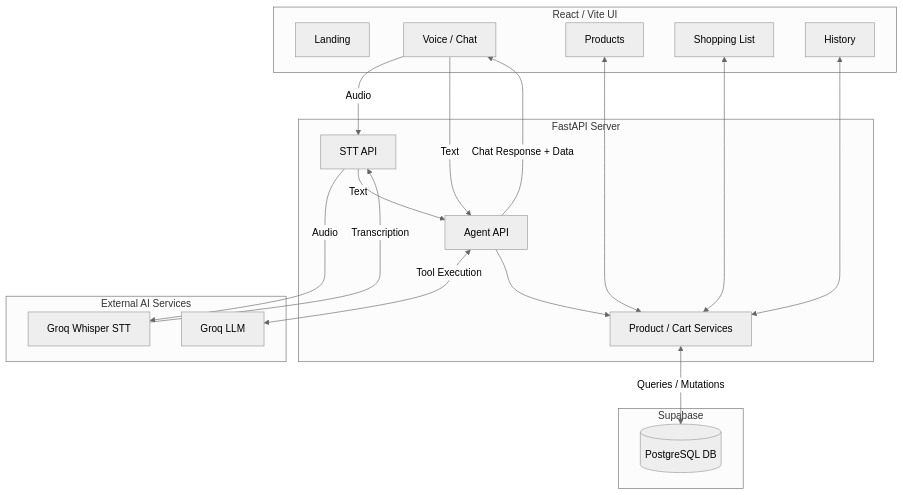
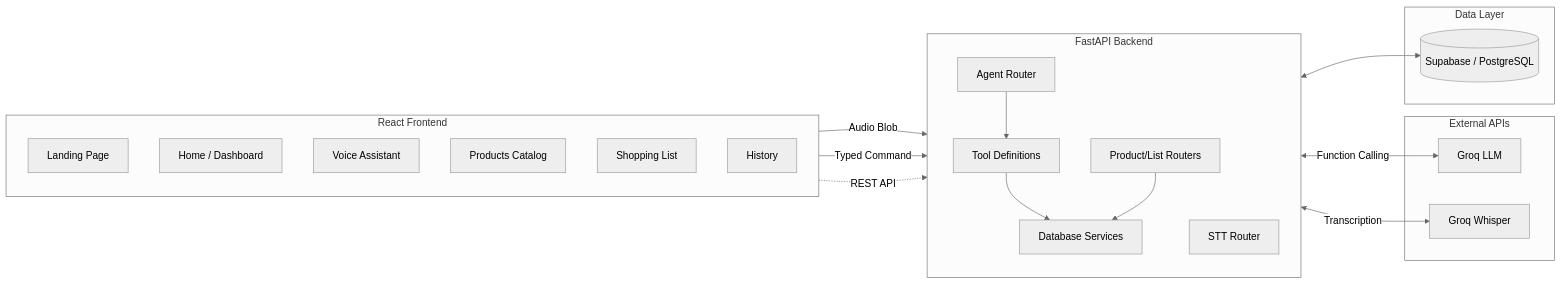
One commit to somiya-namdeo/VERBALIST changed the second of 3 diagrams in README.md. Above: the diagram before and after it, drawn with Mermaid (neutral theme). The commit also changed other lines of this file, not shown here.

````diff
--- a/README.md
+++ b/README.md
@@ -65,38 +95,41 @@
 ```mermaid
-graph TD
-    subgraph Frontend [React / Vite UI]
-        A[Landing]
-        B[Voice / Chat]
-        C[Products]
-        D[Shopping List]
-        E[History]
+graph LR
+    subgraph Client [React Frontend]
+        direction TB
+        L[Landing Page]
+        H[Home / Dashboard]
+        V[Voice Assistant]
+        P[Products Catalog]
+        SL[Shopping List]
+        SH[History]
     end
 
-    subgraph Backend [FastAPI Server]
-        F[Agent API]
-        G[STT API]
-        H[Product / Cart Services]
+    subgraph Server [FastAPI Backend]
+        direction TB
+        AR[Agent Router]
+        SR[STT Router]
+        PR[Product/List Routers]
+        Tools[Tool Definitions]
+        Services[Database Services]
     end
 
-    subgraph AI [External AI Services]
-        I[Groq LLM]
-        J[Groq Whisper STT]
+    subgraph External APIs
+        GroqLLM[Groq LLM]
+        GroqSTT[Groq Whisper]
     end
 
-    subgraph Database [Supabase]
-        K[(PostgreSQL DB)]
+    subgraph Data Layer
+        Supabase[(Supabase / PostgreSQL)]
     end
 
-    B -->|Audio| G
-    B -->|Text| F
-    G -->|Audio| J
-    J -->|Transcription| G
-    G -->|Text| F
-    F <-->|Tool Execution| I
-    F --> H
-    H <-->|Queries / Mutations| K
-    F -->|Chat Response + Data| B
-    C <--> H
-    D <--> H
-    E <--> H
+    V -->|Audio Blob| SR
+    V -->|Typed Command| AR
+    SR <-->|Transcription| GroqSTT
+    AR <-->|Function Calling| GroqLLM
+    AR --> Tools
+    Tools --> Services
+    PR --> Services
+    Services <--> Supabase
+    
+    Client -.->|REST API| Server
 ```
````
